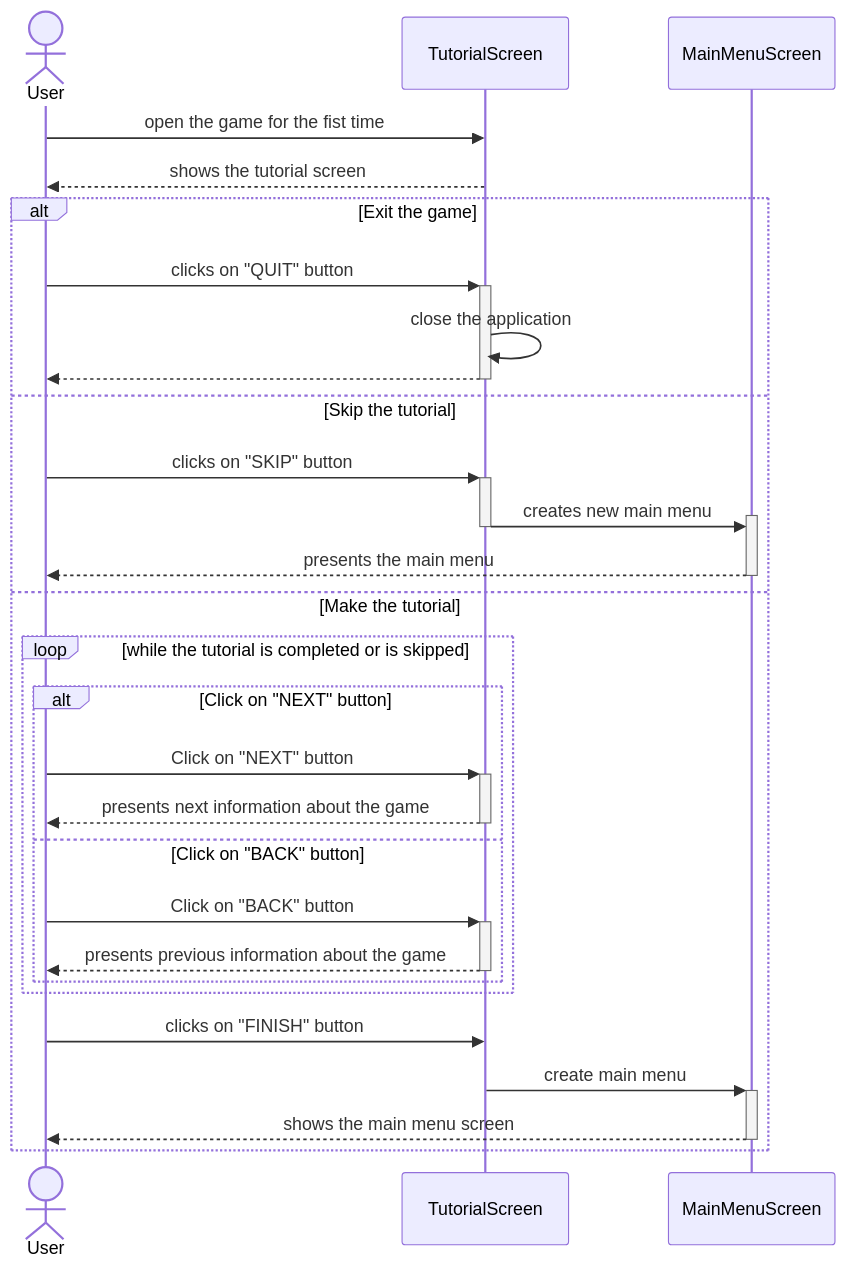
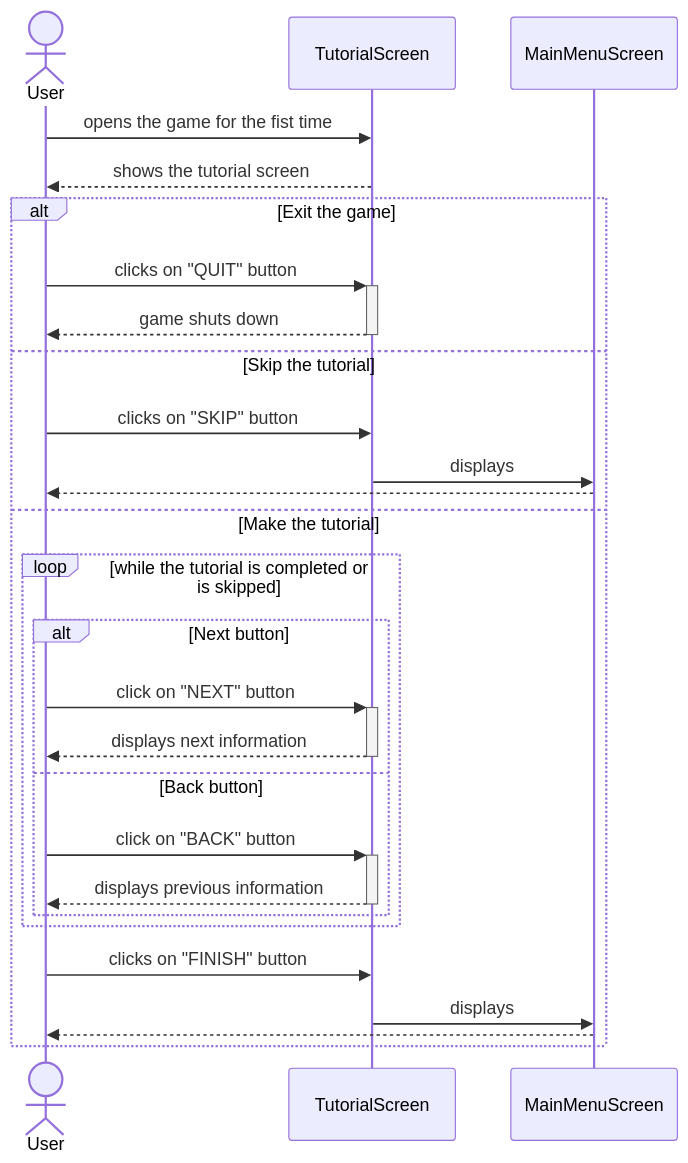
One commit to BIRSAx2/klotski changed the second of 14 diagrams in docs/sequence_diagram/index.md. Above: the diagram before and after it, drawn with Mermaid. The commit also changed other lines of this file, not shown here.

````diff
--- a/docs/sequence_diagram/index.md
+++ b/docs/sequence_diagram/index.md
@@ -75,34 +73,32 @@
 ```mermaid
 sequenceDiagram
     actor User
     participant TutorialScreen
     participant MainMenuScreen
     
-    User ->> TutorialScreen : open the game for the fist time
+    User ->> TutorialScreen : opens the game for the fist time
     TutorialScreen -->> User : shows the tutorial screen
     
     alt Exit the game
         User ->>+ TutorialScreen : clicks on "QUIT" button
-        TutorialScreen ->> TutorialScreen : close the application
-        TutorialScreen -->>- User : 
+        TutorialScreen -->>- User : game shuts down
     else Skip the tutorial 
-        User ->>+ TutorialScreen : clicks on "SKIP" button
-        TutorialScreen ->>+ MainMenuScreen : creates new main menu
-        deactivate TutorialScreen
-        MainMenuScreen -->>- User : presents the main menu
+        User ->> TutorialScreen : clicks on "SKIP" button
+        TutorialScreen ->> MainMenuScreen : displays
+        MainMenuScreen -->> User : 
     else Make the tutorial
         loop while the tutorial is completed or is skipped
-            alt Click on "NEXT" button
-            User ->>+ TutorialScreen : Click on "NEXT" button
-            TutorialScreen -->>- User : presents next information about the game
-            else Click on "BACK" button
-            User ->>+ TutorialScreen : Click on "BACK" button
-            TutorialScreen -->>- User : presents previous information about the game
+            alt Next button
+            User ->>+ TutorialScreen : click on "NEXT" button
+            TutorialScreen -->>- User : displays next information
+            else Back button
+            User ->>+ TutorialScreen : click on "BACK" button
+            TutorialScreen -->>- User : displays previous information
             end
         end
         User ->> TutorialScreen : clicks on "FINISH" button
-        TutorialScreen ->>+ MainMenuScreen : create main menu
-        MainMenuScreen -->>- User : shows the main menu screen
+        TutorialScreen ->> MainMenuScreen : displays
+        MainMenuScreen -->> User : 
     end
     
 ```
````
